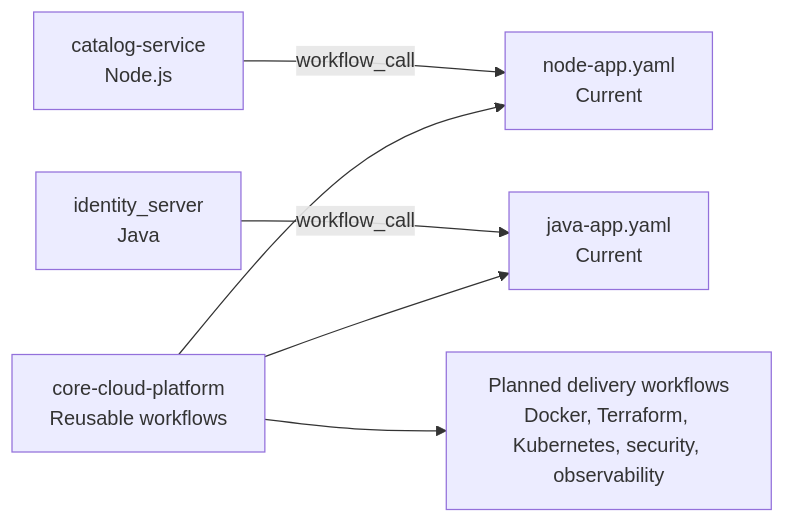
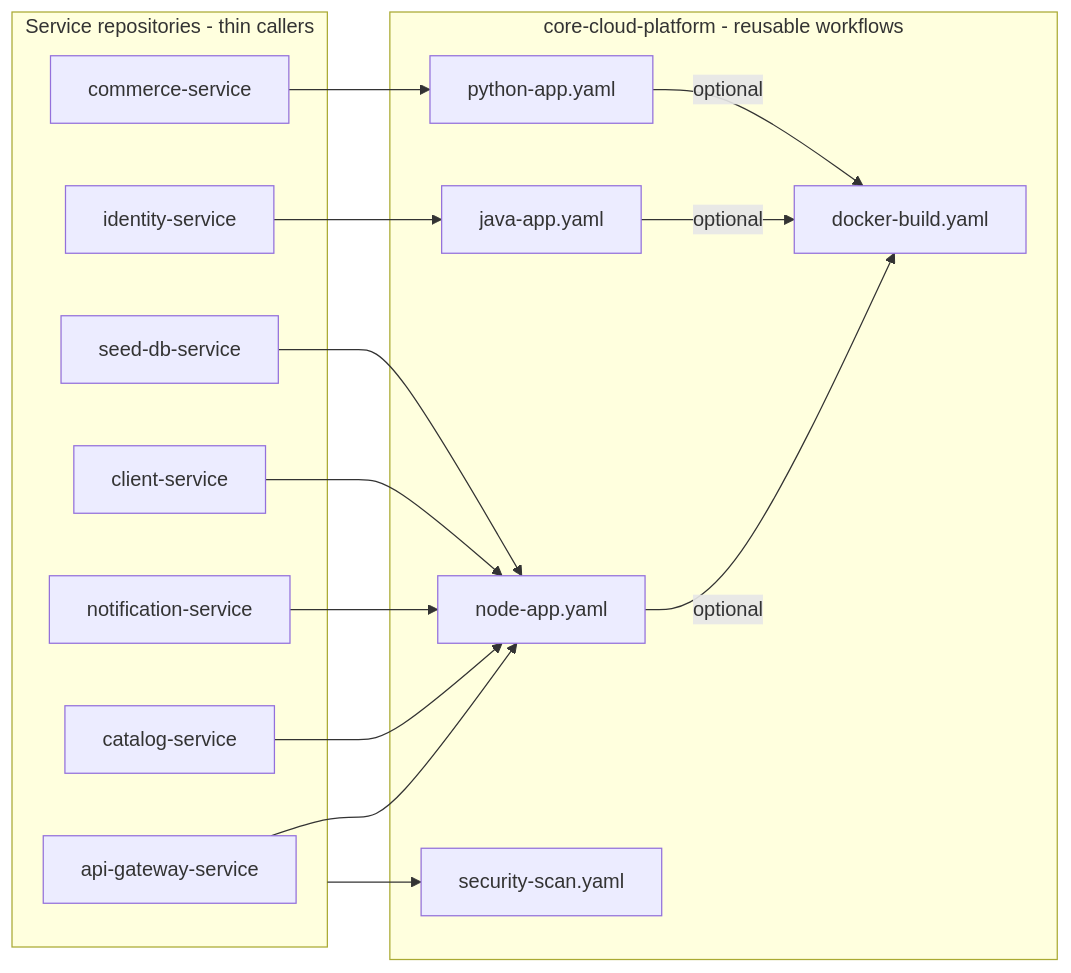
Before and after one commit to ppmcad16a-cloud-platform/core-cloud-platform: the diagram in README.md, drawn with Mermaid. The commit also changed other lines of this file and 11 other files, not shown here.

First line of the commit message:
feat: platform v2 reusable workflows (SHA-pinned, verified scanners, Trivy gate) (#1)

````diff
--- a/README.md
+++ b/README.md
@@ -11,15 +12,24 @@
 ```mermaid
 flowchart LR
-		Catalog[catalog-service\nNode.js]
-		Identity[identity_server\nJava]
-		Core[core-cloud-platform\nReusable workflows]
-		Node[node-app.yaml\nCurrent]
-		Java[java-app.yaml\nCurrent]
-		Future[Planned delivery workflows\nDocker, Terraform, Kubernetes, security, observability]
-
-		Catalog -->|workflow_call| Node
-		Identity -->|workflow_call| Java
-		Core --> Node
-		Core --> Java
-		Core --> Future
+    subgraph Services[Service repositories - thin callers]
+        GW[api-gateway-service]
+        CAT[catalog-service]
+        NOT[notification-service]
+        CLI[client-service]
+        SEED[seed-db-service]
+        ID[identity-service]
+        COM[commerce-service]
+    end
+    subgraph Core[core-cloud-platform - reusable workflows]
+        Node[node-app.yaml]
+        Java[java-app.yaml]
+        Py[python-app.yaml]
+        Docker[docker-build.yaml]
+        Sec[security-scan.yaml]
+    end
+    GW & CAT & NOT & CLI & SEED --> Node
+    ID --> Java
+    COM --> Py
+    Node & Java & Py -->|optional| Docker
+    Services --> Sec
 ```
````
